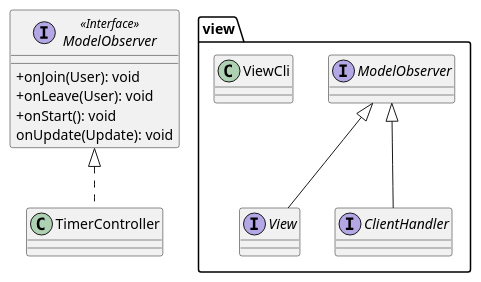
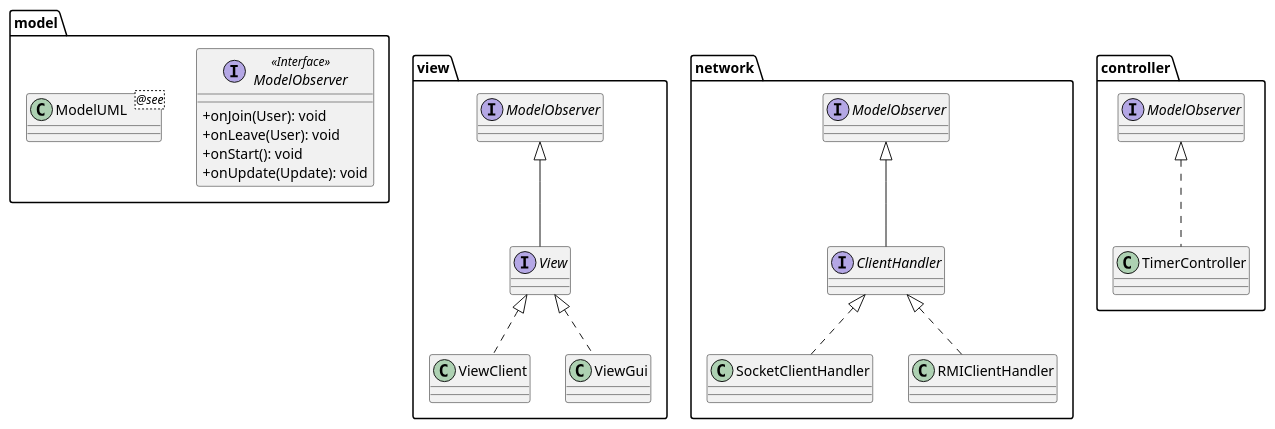
The diagram in utility/MVC.puml (elenasl96/ing-sw-2019-6), drawn with PlantUML before and after one commit.

```diff
--- a/utility/MVC.puml
+++ b/utility/MVC.puml
@@ -1,18 +1,27 @@
 @startuml
 skinparam classAttributeIconSize 0
-interface ModelObserver <<Interface>>{
-     + onJoin(User): void
-     + onLeave(User): void
-     + onStart(): void
-     onUpdate(Update): void
+package model{
+    interface ModelObserver <<Interface>>{
+         + onJoin(User): void
+         + onLeave(User): void
+         + onStart(): void
+         + onUpdate(Update): void
+    }
+    class ModelUML <@see>
+}
+package view{
+     interface View extends ModelObserver
+     class ViewClient implements View
+     class ViewGui implements View
 }
 
-package view{
-     interface View extends ModelObserver
-     interface ClientHandler extends ModelObserver
-
-     class ViewCli
+package network{
+    interface ClientHandler extends ModelObserver
+    class SocketClientHandler implements ClientHandler
+    class RMIClientHandler implements ClientHandler
 }
 
-class TimerController implements ModelObserver
+package controller{
+    class TimerController implements ModelObserver
+}
 @enduml
```
